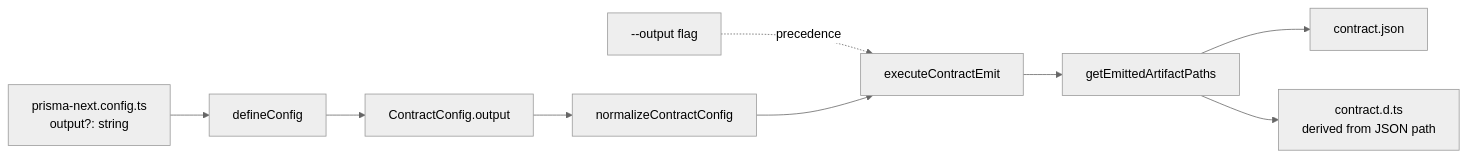
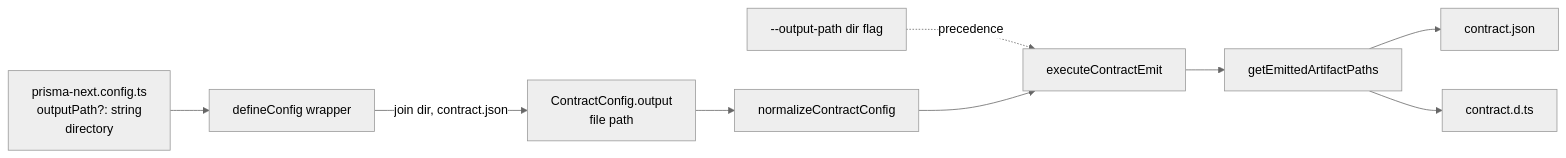
One commit to prisma/prisma-next changed the diagram in projects/customize-generated-asset-output-path/spec.md. Above: the diagram before and after it, drawn with Mermaid (neutral theme). The commit also changed other lines of this file and 4 other files, not shown here.

````diff
--- a/projects/customize-generated-asset-output-path/spec.md
+++ b/projects/customize-generated-asset-output-path/spec.md
@@ -32,11 +34,11 @@
 ```mermaid
 flowchart LR
-  Config[prisma-next.config.ts<br/>output?: string] --> Define[defineConfig]
-  CLI[--output flag] -.precedence.-> Emit
-  Define --> Provider[ContractConfig.output]
+  Config[prisma-next.config.ts<br/>outputPath?: string<br/>directory] --> Define[defineConfig wrapper]
+  CLI[--output-path dir flag] -.precedence.-> Emit
+  Define -- join dir, contract.json --> Provider[ContractConfig.output<br/>file path]
   Provider --> Norm[normalizeContractConfig]
   Norm --> Emit[executeContractEmit]
   Emit --> Paths[getEmittedArtifactPaths]
   Paths --> JSON[contract.json]
-  Paths --> DTS[contract.d.ts<br/>derived from JSON path]
+  Paths --> DTS[contract.d.ts]
 ```
````
